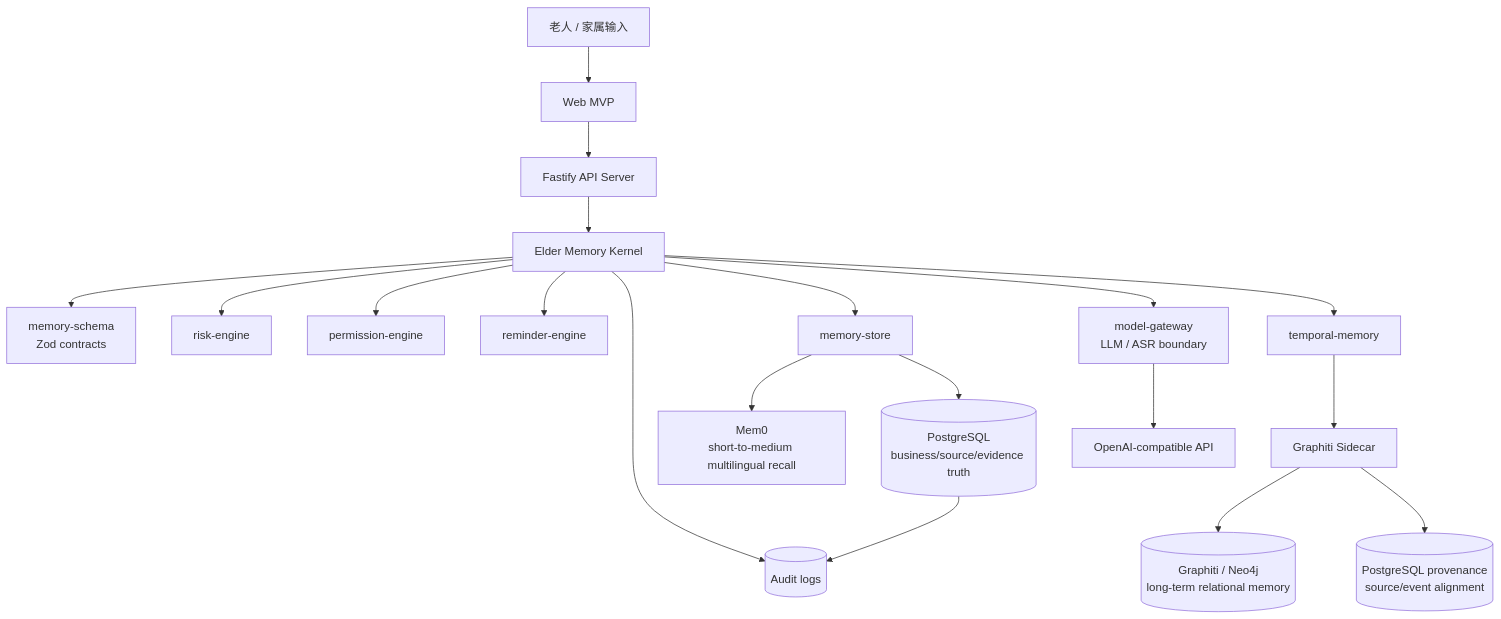
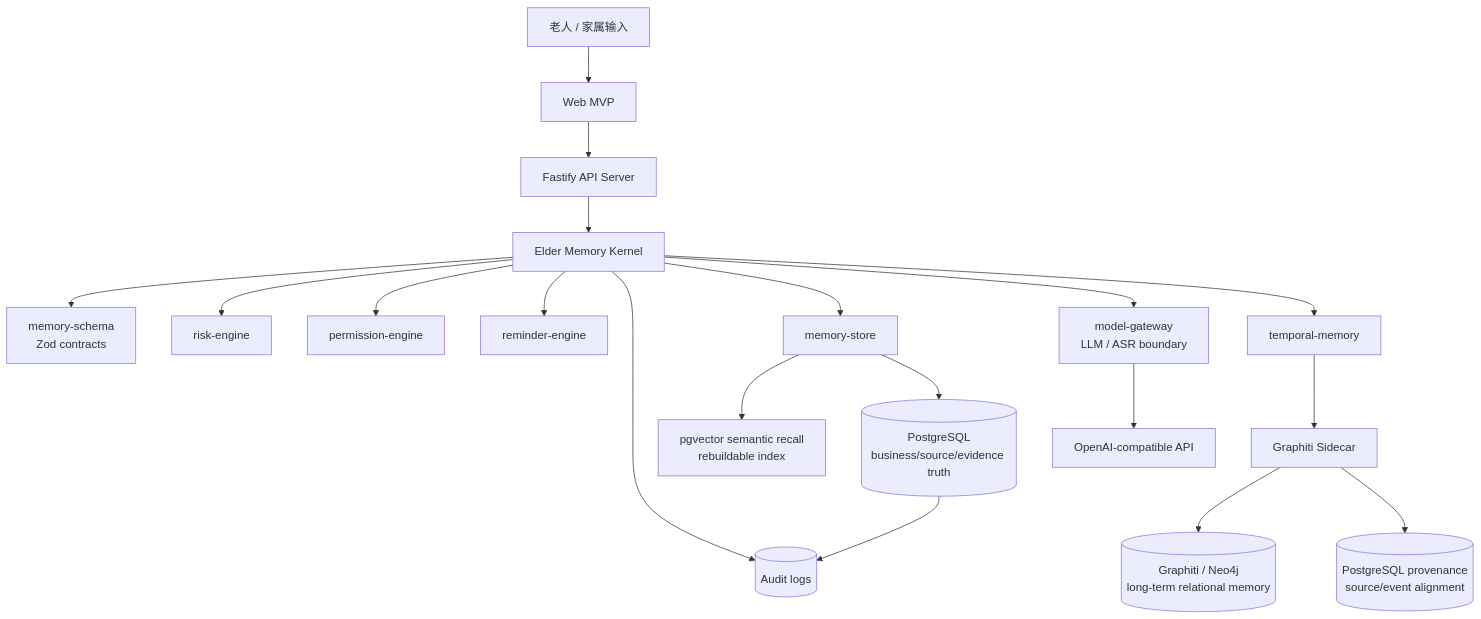
One commit to archpeng/goldmem changed the first of 5 diagrams in docs/current-capabilities-and-architecture.md. Above: the diagram before and after it, drawn with Mermaid. The commit also changed other lines of this file and 56 other files, not shown here.

Commit message:
Replace Mem0 with pgvector semantic recall

````diff
--- a/docs/current-capabilities-and-architecture.md
+++ b/docs/current-capabilities-and-architecture.md
@@ -37,26 +37,26 @@
 ```mermaid
 flowchart TB
   Elder[老人 / 家属输入] --> Web[Web MVP]
   Web --> API[Fastify API Server]
   API --> Kernel[Elder Memory Kernel]
 
   Kernel --> Schema[memory-schema<br/>Zod contracts]
   Kernel --> Risk[risk-engine]
   Kernel --> Permission[permission-engine]
   Kernel --> Reminder[reminder-engine]
 
   Kernel --> Store[memory-store]
   Store --> PG[(PostgreSQL<br/>business/source/evidence truth)]
-  Store --> Mem0[Mem0<br/>short-to-medium multilingual recall]
+  Store --> Semantic[pgvector semantic recall<br/>rebuildable index]
 
   Kernel --> Temporal[temporal-memory]
   Temporal --> Sidecar[Graphiti Sidecar]
   Sidecar --> Graphiti[(Graphiti / Neo4j<br/>long-term relational memory)]
   Sidecar --> PGProv[(PostgreSQL provenance<br/>source/event alignment)]
 
   Kernel --> Model[model-gateway<br/>LLM / ASR boundary]
   Model --> LLM[OpenAI-compatible API]
 
   Kernel --> Audit[(Audit logs)]
   PG --> Audit
 ```
````
